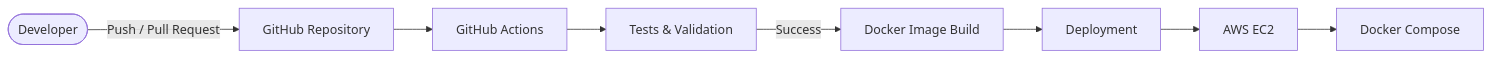
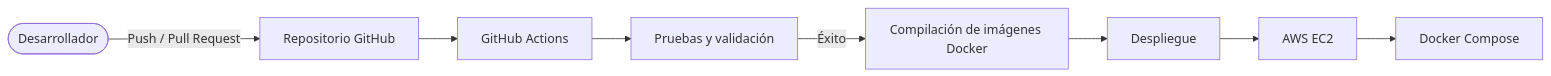
One commit to MateoCastro304/Sistema-De-Gestion-TC changed the fourth of 5 diagrams in docs/decisions/009-deploy-infrastructure.md. Above: the diagram before and after it, drawn with Mermaid. The commit also changed other lines of this file and 31 other files, not shown here.

````diff
--- a/docs/decisions/009-deploy-infrastructure.md
+++ b/docs/decisions/009-deploy-infrastructure.md
@@ -266,22 +266,22 @@
 ```mermaid
 flowchart LR
-    DEV([Developer])
+    DEV([Desarrollador])
 
-    GH["GitHub Repository"]
+    GH["Repositorio GitHub"]
     CI["GitHub Actions"]
 
-    TEST["Tests & Validation"]
-    BUILD["Docker Image Build"]
-    DEPLOY["Deployment"]
+    TEST["Pruebas y validación"]
+    BUILD["Compilación de imágenes Docker"]
+    DEPLOY["Despliegue"]
 
     EC2["AWS EC2"]
     COMPOSE["Docker Compose"]
 
     DEV -->|Push / Pull Request| GH
     GH --> CI
     CI --> TEST
-    TEST -->|Success| BUILD
+    TEST -->|Éxito| BUILD
     BUILD --> DEPLOY
     DEPLOY --> EC2
     EC2 --> COMPOSE
 ```
````
